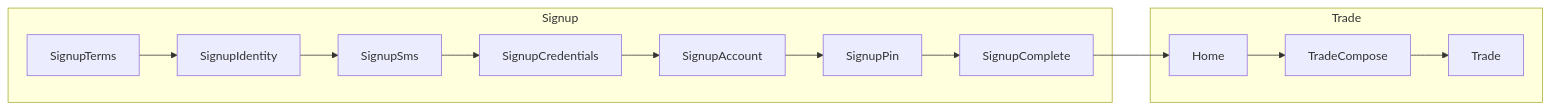
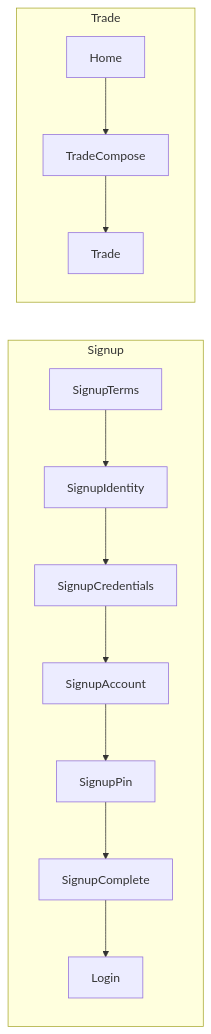
Before and after one commit to mslee98/brit-front: the first of 2 diagrams in docs/stackflow/README.md, drawn with Mermaid. The commit also changed other lines of this file and 33 other files, not shown here.

First line of the commit message:
feat(auth): 가입 PENDING 스펙 정렬 — Sms·계좌인증 제거, Nest signup 반영

````diff
--- a/docs/stackflow/README.md
+++ b/docs/stackflow/README.md
@@ -12,20 +12,19 @@
 ```mermaid
 flowchart LR
   subgraph signup [Signup]
     Terms[SignupTerms]
     Identity[SignupIdentity]
-    Sms[SignupSms]
     Credentials[SignupCredentials]
     Account[SignupAccount]
     Pin[SignupPin]
     Complete[SignupComplete]
-    Terms --> Identity --> Sms --> Credentials --> Account --> Pin --> Complete
+    Login[Login]
+    Terms --> Identity --> Credentials --> Account --> Pin --> Complete --> Login
   end
   subgraph tradeFlow [Trade]
     Home[Home]
     Compose[TradeCompose]
     Trade[Trade]
     Home --> Compose --> Trade
   end
-  Complete --> Home
 ```
````
